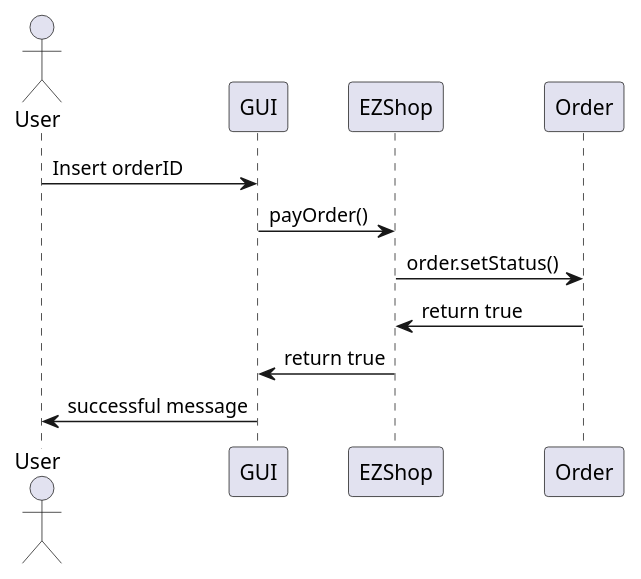
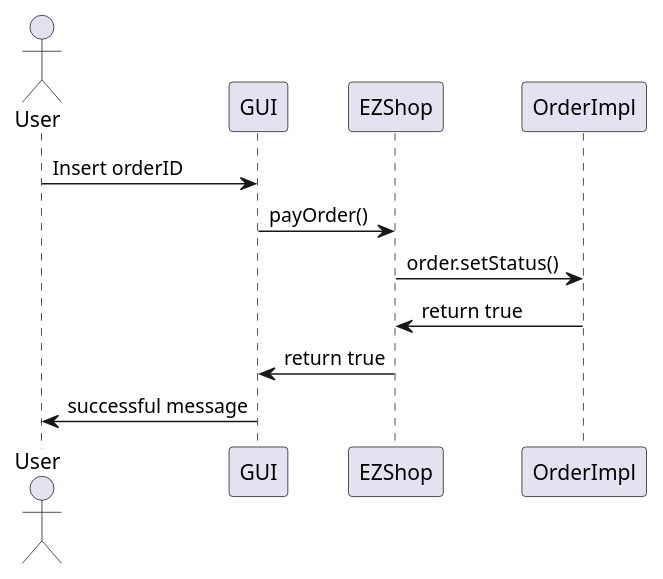
Before and after one commit to ThePiromaximus/ezshop: the ninth of 19 diagrams in Deliverables/DesignDocument.md, drawn with PlantUML. The commit also changed other lines of this file, not shown here.

````diff
--- a/Deliverables/DesignDocument.md
+++ b/Deliverables/DesignDocument.md
@@ -374,11 +374,11 @@
 ```plantuml
 @startuml
 actor User
 User -> GUI: Insert orderID
 GUI -> EZShop: payOrder()
-EZShop -> Order: order.setStatus()
-EZShop <- Order: return true
+EZShop -> OrderImpl: order.setStatus()
+EZShop <- OrderImpl: return true
 GUI <- EZShop: return true
 User <- GUI: successful message
 @enduml
 ```
````
